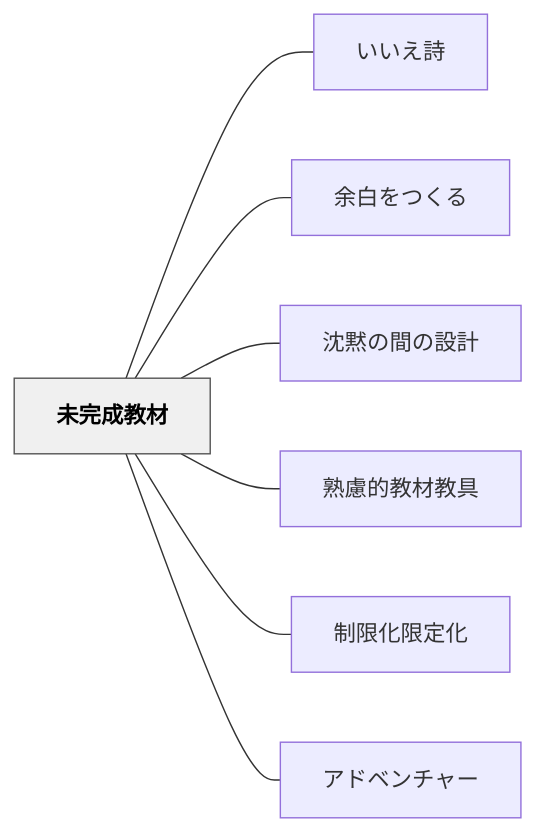
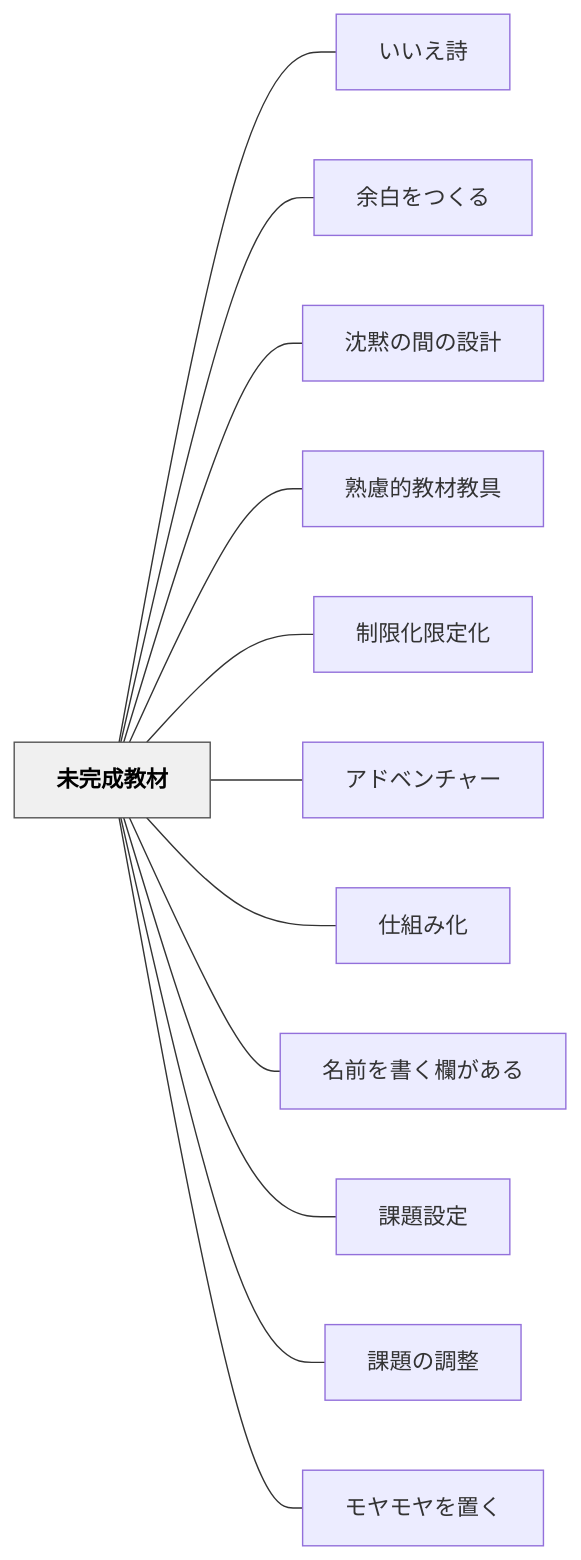
The diagram in content/パタン/未完成教材.md (unknownthings-ed-patterns/unknownthings-ed-patterns), drawn with Mermaid before and after one commit. The commit also changed other lines of this file and 34 other files, not shown here.

````diff
--- a/content/パタン/未完成教材.md
+++ b/content/パタン/未完成教材.md
@@ -56,20 +64,30 @@
 ```mermaid
 flowchart LR
     ne69caae5ae8ce68890e69599e69d90["未完成教材"]
     ne38184e38184e38188e8a9a9["いいえ詩"]
     ne4bd99e799bde38292e381a4e3818fe3828b["余白をつくる"]
     ne6b288e9bb99e381aee99693e381aee8a8ade8a888["沈黙の間の設計"]
     ne7869fe685aee79a84e69599e69d90e69599e585b7["熟慮的教材教具"]
     ne588b6e99990e58c96e99990e5ae9ae58c96["制限化限定化"]
     ne382a2e38389e38399e383b3e38381e383a3e383bc["アドベンチャー"]
+    ne4bb95e7b584e381bfe58c96["仕組み化"]
+    ne5908de5898de38292e69bb8e3818fe6ac84e3818ce38182e3828b["名前を書く欄がある"]
+    ne8aab2e9a18ce8a8ade5ae9a["課題設定"]
+    ne8aab2e9a18ce381aee8aabfe695b4["課題の調整"]
+    ne383a2e383a4e383a2e383a4e38292e7bdaee3818f["モヤモヤを置く"]
 
     ne69caae5ae8ce68890e69599e69d90 --- ne38184e38184e38188e8a9a9
     ne69caae5ae8ce68890e69599e69d90 --- ne4bd99e799bde38292e381a4e3818fe3828b
     ne69caae5ae8ce68890e69599e69d90 --- ne6b288e9bb99e381aee99693e381aee8a8ade8a888
     ne69caae5ae8ce68890e69599e69d90 --- ne7869fe685aee79a84e69599e69d90e69599e585b7
     ne69caae5ae8ce68890e69599e69d90 --- ne588b6e99990e58c96e99990e5ae9ae58c96
     ne69caae5ae8ce68890e69599e69d90 --- ne382a2e38389e38399e383b3e38381e383a3e383bc
+    ne69caae5ae8ce68890e69599e69d90 --- ne4bb95e7b584e381bfe58c96
+    ne69caae5ae8ce68890e69599e69d90 --- ne5908de5898de38292e69bb8e3818fe6ac84e3818ce38182e3828b
+    ne69caae5ae8ce68890e69599e69d90 --- ne8aab2e9a18ce8a8ade5ae9a
+    ne69caae5ae8ce68890e69599e69d90 --- ne8aab2e9a18ce381aee8aabfe695b4
+    ne69caae5ae8ce68890e69599e69d90 --- ne383a2e383a4e383a2e383a4e38292e7bdaee3818f
 
     classDef hub fill:#f0f0f0,stroke:#555,color:#000,font-weight:bold
     class ne69caae5ae8ce68890e69599e69d90 hub
 ```
````
